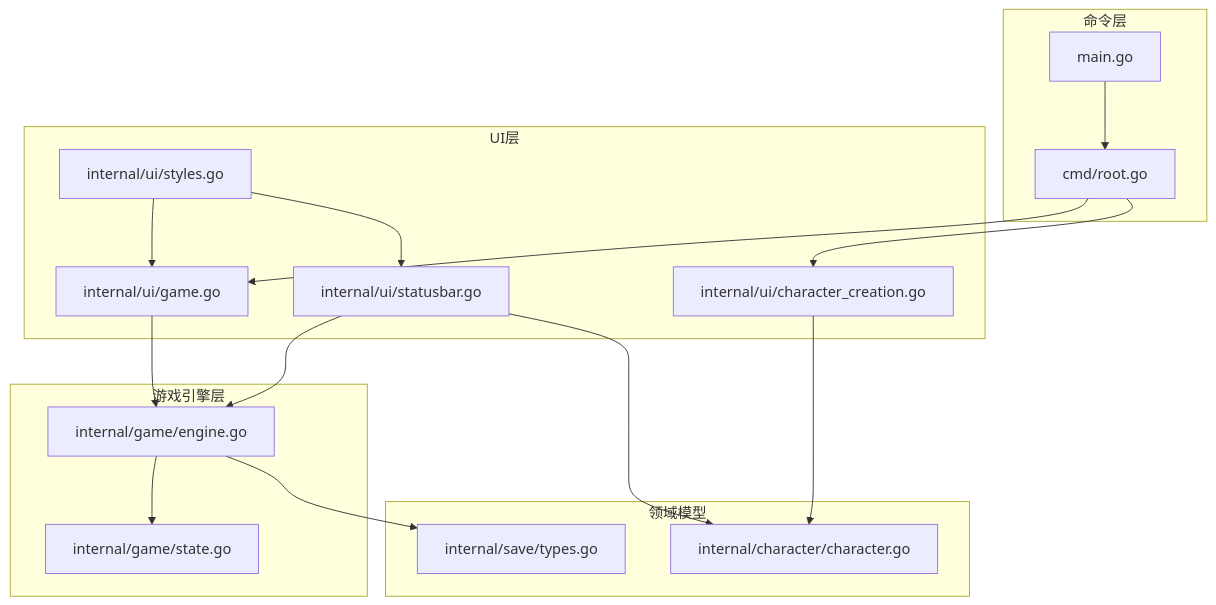
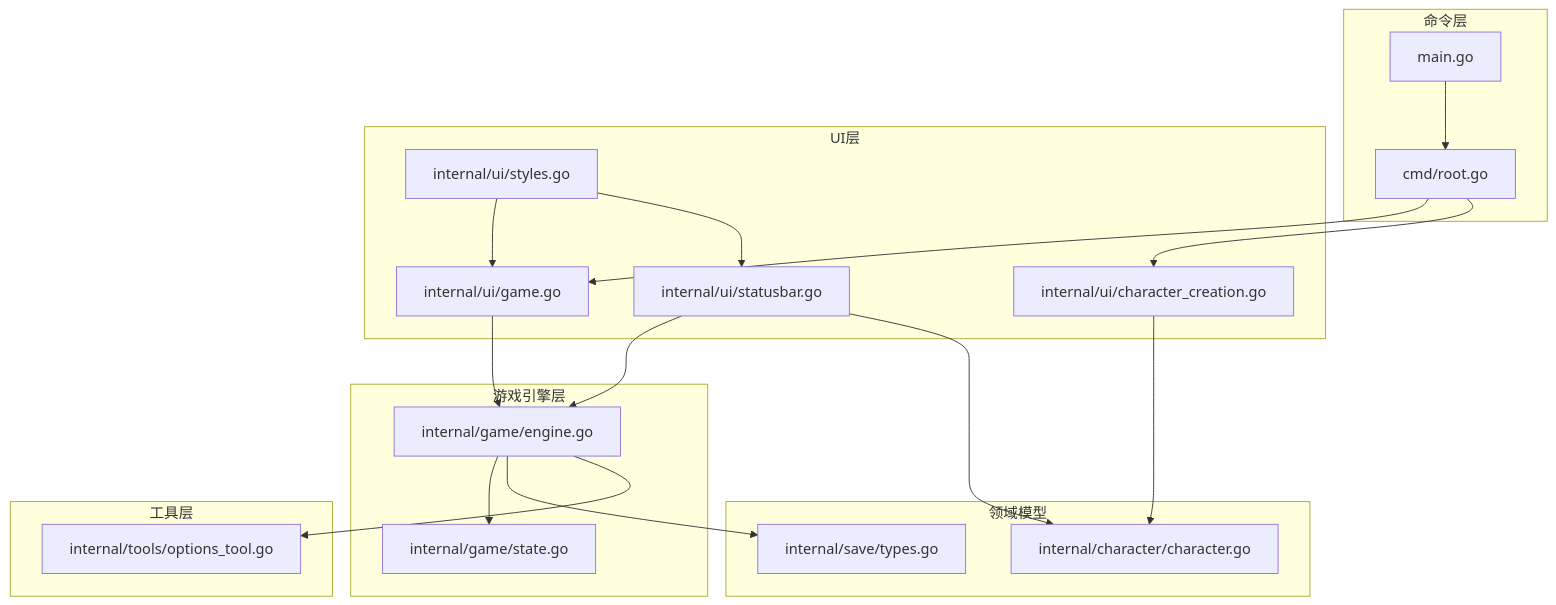
One commit to zwh8800/cdnd changed the first of 6 diagrams in .qoder/repowiki/zh/content/用户界面/用户界面.md. Above: the diagram before and after it, drawn with Mermaid. The commit also changed other lines of this file and 5 other files, not shown here.

````diff
--- a/.qoder/repowiki/zh/content/用户界面/用户界面.md
+++ b/.qoder/repowiki/zh/content/用户界面/用户界面.md
@@ -43,32 +44,36 @@
 ```mermaid
 graph TB
 subgraph "命令层"
 MAIN["main.go"]
 ROOT["cmd/root.go"]
 end
 subgraph "UI层"
 GAME["internal/ui/game.go"]
 CHAR["internal/ui/character_creation.go"]
 STATUS["internal/ui/statusbar.go"]
 STYLES["internal/ui/styles.go"]
 end
 subgraph "游戏引擎层"
 ENGINE["internal/game/engine.go"]
 STATE["internal/game/state.go"]
 end
 subgraph "领域模型"
 CHAR_MODEL["internal/character/character.go"]
 SAVE_TYPES["internal/save/types.go"]
 end
+subgraph "工具层"
+OPTION_TOOL["internal/tools/options_tool.go"]
+end
 MAIN --> ROOT
 ROOT --> GAME
 ROOT --> CHAR
 GAME --> ENGINE
 CHAR --> CHAR_MODEL
 STATUS --> ENGINE
 STATUS --> CHAR_MODEL
 ENGINE --> STATE
 ENGINE --> SAVE_TYPES
+ENGINE --> OPTION_TOOL
 STYLES --> GAME
 STYLES --> STATUS
 ```
````
